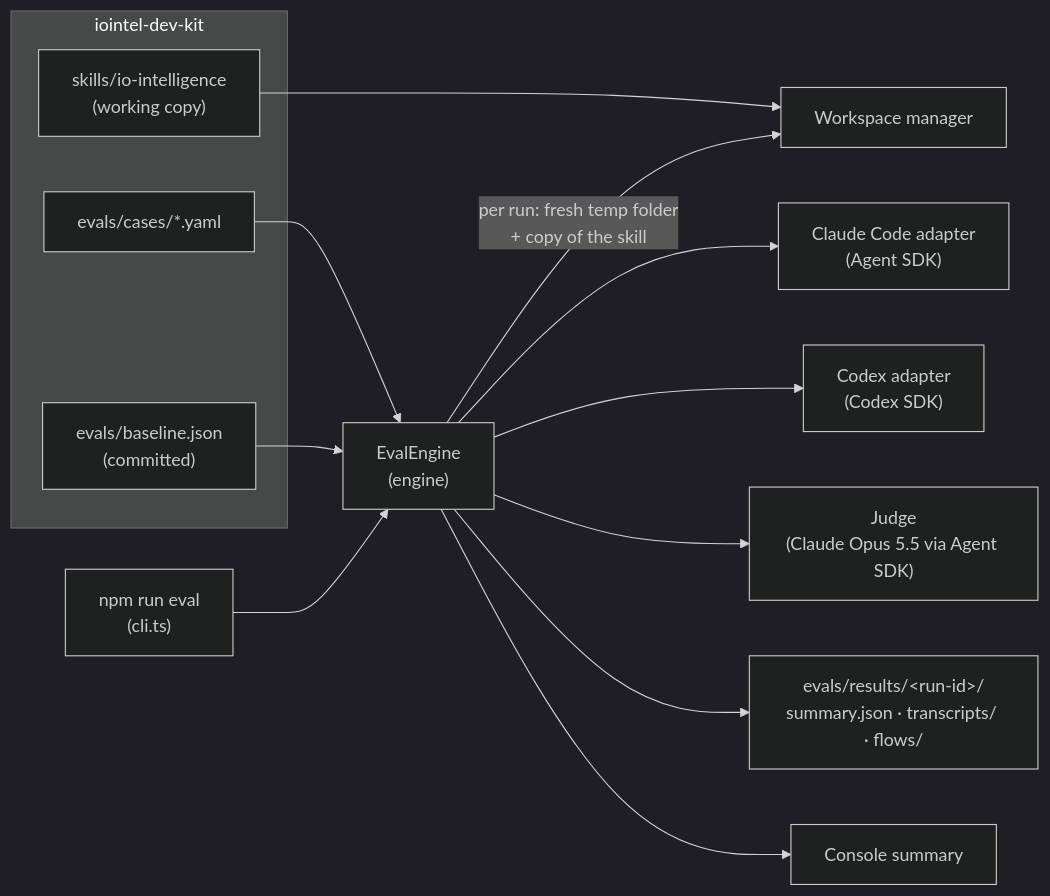
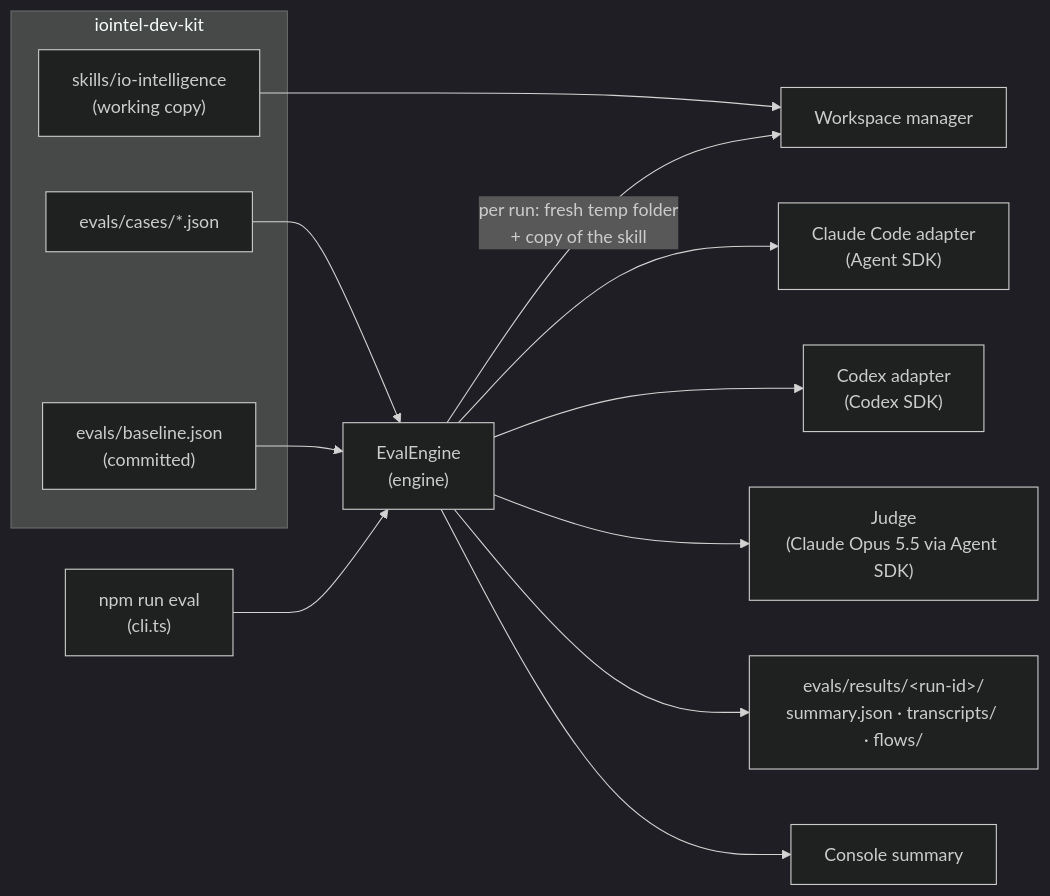
One commit to InteropIO/iointel-dev-kit changed the first of 8 diagrams in evals/README.md. Above: the diagram before and after it, drawn with Mermaid (dark theme). The commit also changed other lines of this file and 58 other files, not shown here.

````diff
--- a/evals/README.md
+++ b/evals/README.md
@@ -46,19 +46,19 @@
 ```mermaid
 flowchart LR
     subgraph repo["iointel-dev-kit"]
         skill["skills/io-intelligence<br/>(working copy)"]
-        cases["evals/cases/*.yaml"]
+        cases["evals/cases/*.json"]
         baseline["evals/baseline.json<br/>(committed)"]
     end
 
     cli["npm run eval<br/>(cli.ts)"] --> engine["EvalEngine<br/>(engine)"]
     cases --> engine
     engine -->|"per run: fresh temp folder<br/>+ copy of the skill"| ws["Workspace manager"]
     skill --> ws
     engine --> cc["Claude Code adapter<br/>(Agent SDK)"]
     engine --> cx["Codex adapter<br/>(Codex SDK)"]
     engine --> judge["Judge<br/>(Claude Opus 5.5 via Agent SDK)"]
     baseline --> engine
     engine --> results["evals/results/&lt;run-id&gt;/<br/>summary.json · transcripts/ · flows/"]
     engine --> console["Console summary"]
 ```
````
